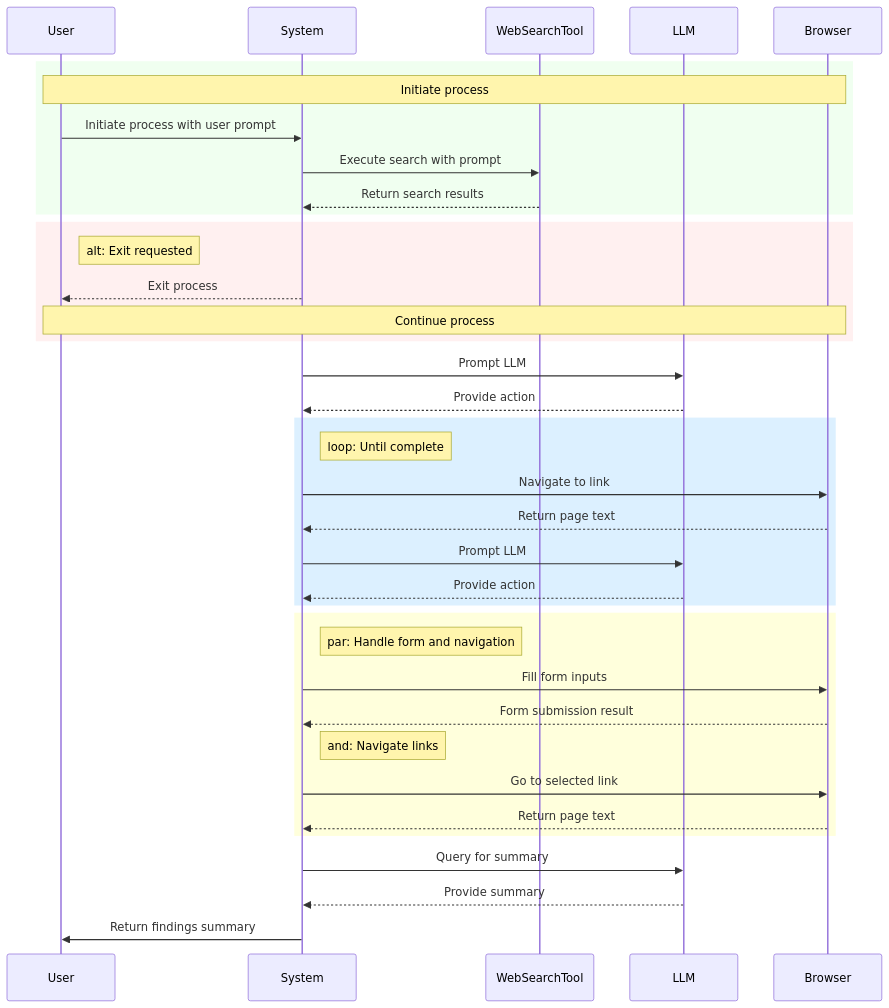
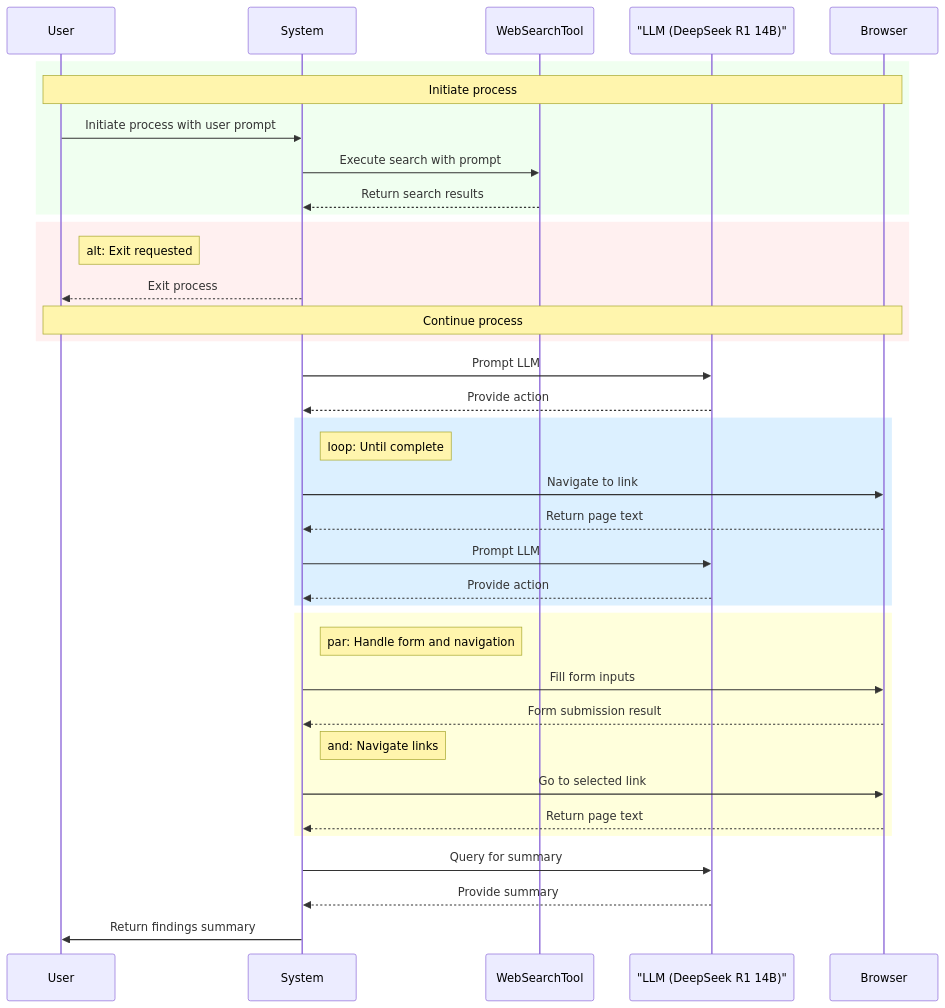
One commit to Adarsh-61/JarvisPlus changed the fourth of 5 diagrams in README.md. Above: the diagram before and after it, drawn with Mermaid. The commit also changed other lines of this file, not shown here.

````diff
--- a/README.md
+++ b/README.md
@@ -552,46 +551,46 @@
 ```mermaid
 sequenceDiagram
     participant User
     participant System
     participant WebSearchTool
-    participant LLM
+    participant LLM as "LLM (DeepSeek R1 14B)"
     participant Browser
     
     rect rgb(240, 255, 240)
         Note over User, Browser: Initiate process
         User->>System: Initiate process with user prompt
         System->>WebSearchTool: Execute search with prompt
         WebSearchTool-->>System: Return search results
     end
     
     rect rgb(255, 240, 240)
         Note right of User: alt: Exit requested
         System-->>User: Exit process
         Note over User, Browser: Continue process
     end
     
     System->>LLM: Prompt LLM
     LLM-->>System: Provide action
     
     rect rgb(220, 240, 255)
         Note right of System: loop: Until complete
         System->>Browser: Navigate to link
         Browser-->>System: Return page text
         System->>LLM: Prompt LLM
         LLM-->>System: Provide action
     end
     
     rect rgb(255, 255, 220)
         Note right of System: par: Handle form and navigation
         System->>Browser: Fill form inputs
         Browser-->>System: Form submission result
         
         Note right of System: and: Navigate links
         System->>Browser: Go to selected link
         Browser-->>System: Return page text
     end
     
     System->>LLM: Query for summary
     LLM-->>System: Provide summary
     System->>User: Return findings summary
 ```
````
